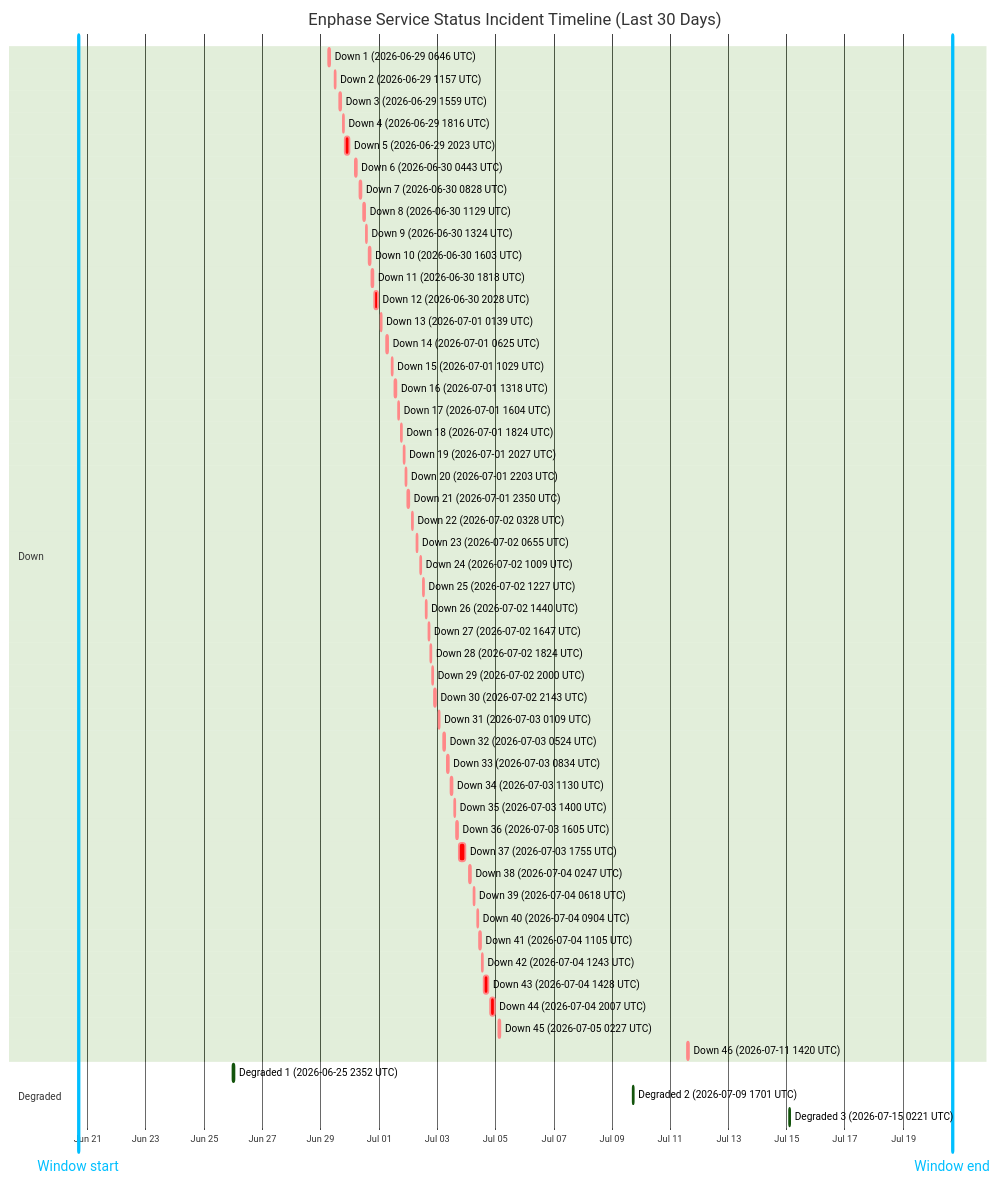
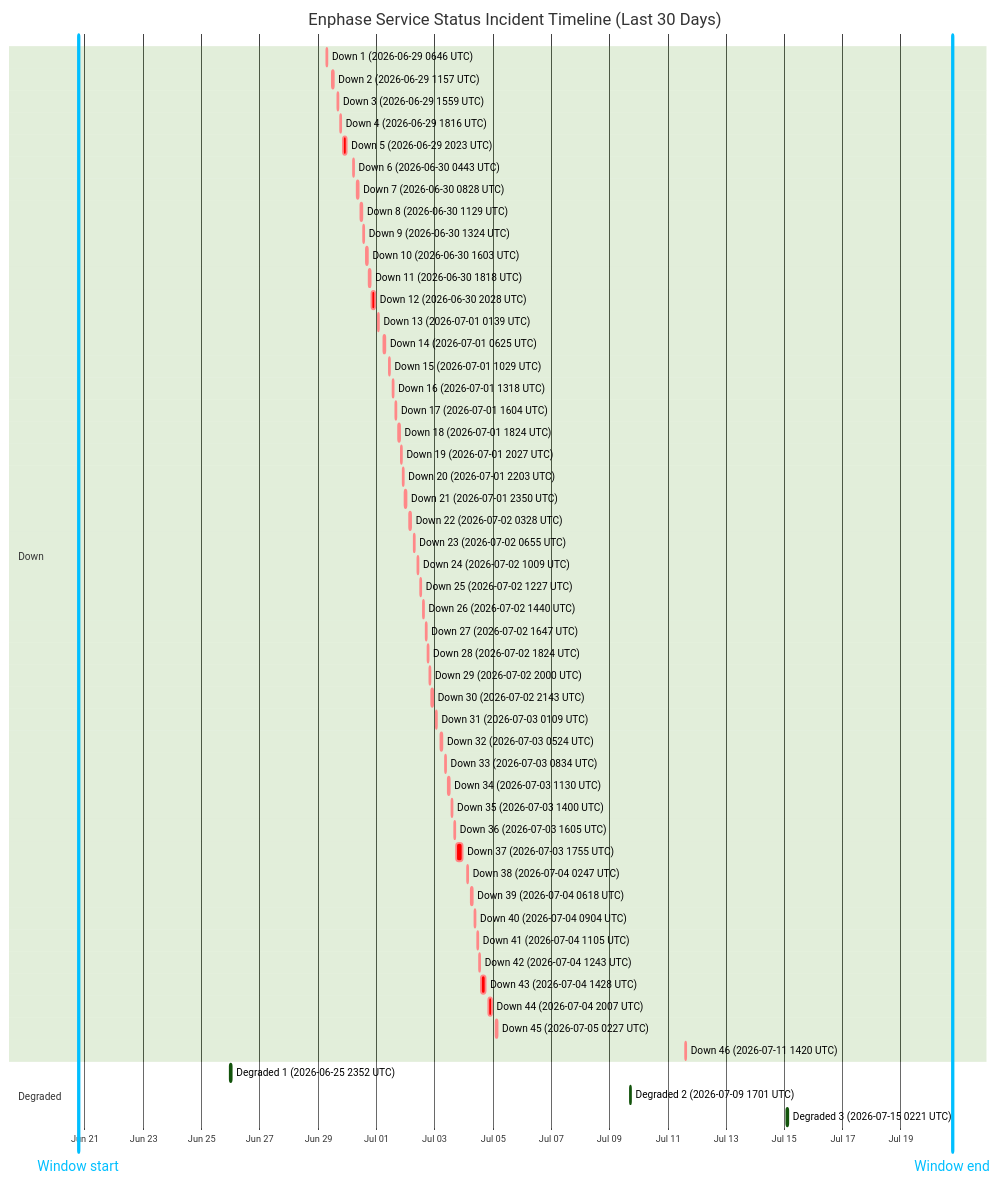
One commit to barneyonline/ha-enphase-energy changed the diagram in wiki/Service-Status-History.md. Above: the diagram before and after it, drawn with Mermaid (forest theme). The commit also changed other lines of this file and 3 other files, not shown here.

````diff
--- a/wiki/Service-Status-History.md
+++ b/wiki/Service-Status-History.md
@@ -14,59 +14,59 @@
 ```mermaid
 gantt
     title Enphase Service Status Incident Timeline (Last 30 Days)
     dateFormat  YYYY-MM-DDTHH:mm:ss
     axisFormat  %b %d
-    Window start :vert, window-start, 2026-06-20T16:22:45, 0ms
-    Window end :vert, window-end, 2026-07-20T16:22:45, 0ms
+    Window start :vert, window-start, 2026-06-20T18:28:07, 0ms
+    Window end :vert, window-end, 2026-07-20T18:28:07, 0ms
     section Down
     Down 1 (2026-06-29 0646 UTC) :crit, down-1, 2026-06-29T06:46:18, 60m
     Down 2 (2026-06-29 1157 UTC) :crit, down-2, 2026-06-29T11:57:36, 60m
     Down 3 (2026-06-29 1559 UTC) :crit, down-3, 2026-06-29T15:59:02, 60m
     Down 4 (2026-06-29 1816 UTC) :crit, down-4, 2026-06-29T18:16:38, 60m
     Down 5 (2026-06-29 2023 UTC) :crit, down-5, 2026-06-29T20:23:16, 220m
     Down 6 (2026-06-30 0443 UTC) :crit, down-6, 2026-06-30T04:43:54, 60m
     Down 7 (2026-06-30 0828 UTC) :crit, down-7, 2026-06-30T08:28:43, 60m
     Down 8 (2026-06-30 1129 UTC) :crit, down-8, 2026-06-30T11:29:15, 60m
     Down 9 (2026-06-30 1324 UTC) :crit, down-9, 2026-06-30T13:24:25, 60m
     Down 10 (2026-06-30 1603 UTC) :crit, down-10, 2026-06-30T16:03:26, 60m
     Down 11 (2026-06-30 1818 UTC) :crit, down-11, 2026-06-30T18:18:39, 60m
     Down 12 (2026-06-30 2028 UTC) :crit, down-12, 2026-06-30T20:28:54, 171m
     Down 13 (2026-07-01 0139 UTC) :crit, down-13, 2026-07-01T01:39:18, 60m
     Down 14 (2026-07-01 0625 UTC) :crit, down-14, 2026-07-01T06:25:35, 60m
     Down 15 (2026-07-01 1029 UTC) :crit, down-15, 2026-07-01T10:29:24, 60m
     Down 16 (2026-07-01 1318 UTC) :crit, down-16, 2026-07-01T13:18:31, 60m
     Down 17 (2026-07-01 1604 UTC) :crit, down-17, 2026-07-01T16:04:29, 60m
     Down 18 (2026-07-01 1824 UTC) :crit, down-18, 2026-07-01T18:24:21, 60m
     Down 19 (2026-07-01 2027 UTC) :crit, down-19, 2026-07-01T20:27:17, 60m
     Down 20 (2026-07-01 2203 UTC) :crit, down-20, 2026-07-01T22:03:46, 60m
     Down 21 (2026-07-01 2350 UTC) :crit, down-21, 2026-07-01T23:50:52, 60m
     Down 22 (2026-07-02 0328 UTC) :crit, down-22, 2026-07-02T03:28:33, 60m
     Down 23 (2026-07-02 0655 UTC) :crit, down-23, 2026-07-02T06:55:07, 60m
     Down 24 (2026-07-02 1009 UTC) :crit, down-24, 2026-07-02T10:09:15, 60m
     Down 25 (2026-07-02 1227 UTC) :crit, down-25, 2026-07-02T12:27:49, 60m
     Down 26 (2026-07-02 1440 UTC) :crit, down-26, 2026-07-02T14:40:53, 60m
     Down 27 (2026-07-02 1647 UTC) :crit, down-27, 2026-07-02T16:47:47, 60m
     Down 28 (2026-07-02 1824 UTC) :crit, down-28, 2026-07-02T18:24:26, 60m
     Down 29 (2026-07-02 2000 UTC) :crit, down-29, 2026-07-02T20:00:57, 60m
     Down 30 (2026-07-02 2143 UTC) :crit, down-30, 2026-07-02T21:43:52, 80m
     Down 31 (2026-07-03 0109 UTC) :crit, down-31, 2026-07-03T01:09:19, 60m
     Down 32 (2026-07-03 0524 UTC) :crit, down-32, 2026-07-03T05:24:23, 60m
     Down 33 (2026-07-03 0834 UTC) :crit, down-33, 2026-07-03T08:34:05, 60m
     Down 34 (2026-07-03 1130 UTC) :crit, down-34, 2026-07-03T11:30:41, 60m
     Down 35 (2026-07-03 1400 UTC) :crit, down-35, 2026-07-03T14:00:48, 60m
     Down 36 (2026-07-03 1605 UTC) :crit, down-36, 2026-07-03T16:05:49, 60m
     Down 37 (2026-07-03 1755 UTC) :crit, down-37, 2026-07-03T17:55:54, 338m
     Down 38 (2026-07-04 0247 UTC) :crit, down-38, 2026-07-04T02:47:22, 60m
     Down 39 (2026-07-04 0618 UTC) :crit, down-39, 2026-07-04T06:18:09, 60m
     Down 40 (2026-07-04 0904 UTC) :crit, down-40, 2026-07-04T09:04:41, 60m
     Down 41 (2026-07-04 1105 UTC) :crit, down-41, 2026-07-04T11:05:21, 60m
     Down 42 (2026-07-04 1243 UTC) :crit, down-42, 2026-07-04T12:43:25, 60m
     Down 43 (2026-07-04 1428 UTC) :crit, down-43, 2026-07-04T14:28:07, 243m
     Down 44 (2026-07-04 2007 UTC) :crit, down-44, 2026-07-04T20:07:50, 206m
     Down 45 (2026-07-05 0227 UTC) :crit, down-45, 2026-07-05T02:27:32, 109m
     Down 46 (2026-07-11 1420 UTC) :crit, down-46, 2026-07-11T14:20:54, 69m
     section Degraded
     Degraded 1 (2026-06-25 2352 UTC) :active, degraded-1, 2026-06-25T23:52:01, 60m
     Degraded 2 (2026-07-09 1701 UTC) :active, degraded-2, 2026-07-09T17:01:02, 60m
     Degraded 3 (2026-07-15 0221 UTC) :active, degraded-3, 2026-07-15T02:21:35, 60m
 ```
````
